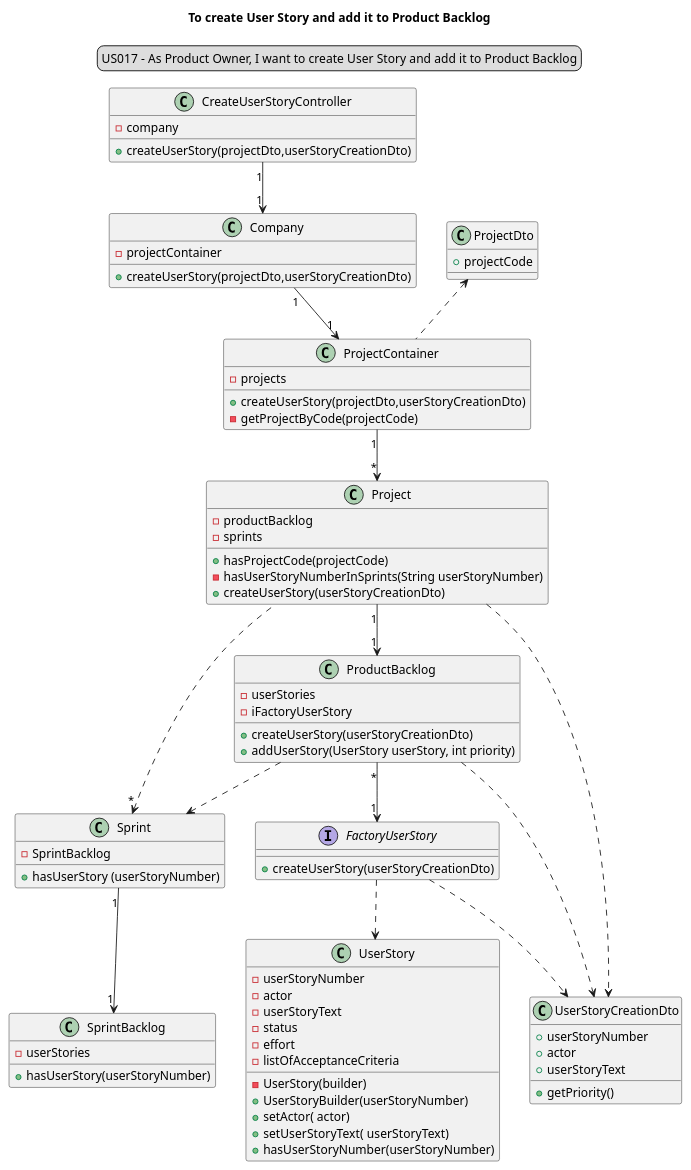
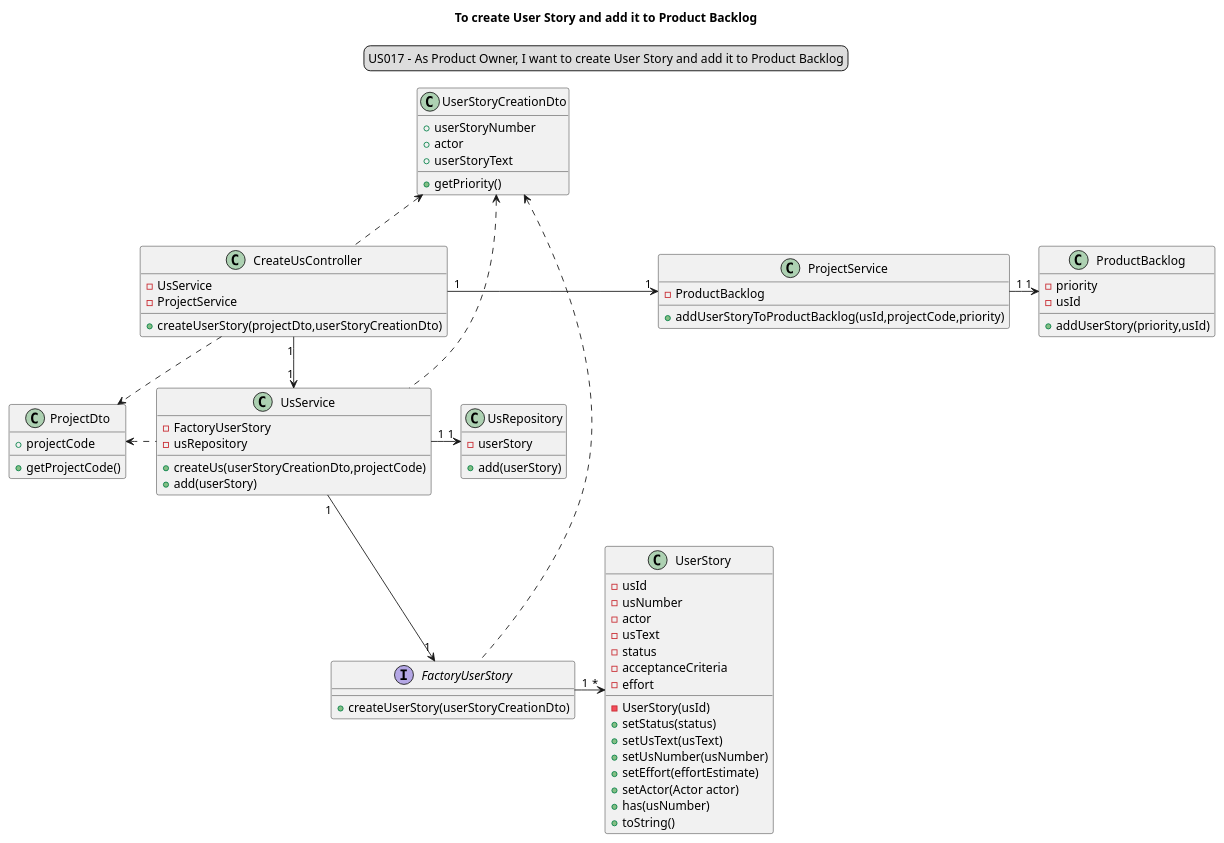
One commit to Loracline/project_switch_22-23 changed the diagram in docs/modelling_design/user_stories/sprint03/us017/US017_classDiagram.puml. Above: the diagram before and after it, drawn with PlantUML. The commit also changed 1 other file, not shown here.

```diff
--- a/docs/modelling_design/user_stories/sprint03/us017/US017_classDiagram.puml
+++ b/docs/modelling_design/user_stories/sprint03/us017/US017_classDiagram.puml
@@ -1,94 +1,83 @@
 @startuml
 'https://plantuml.com/sequence-diagram
 legend top
 US017 - As Product Owner, I want to create User Story and add it to Product Backlog
 end legend
 skinparam sequenceMessageAlign center
 title To create User Story and add it to Product Backlog
 
-class "CreateUserStoryController" {
-- company
+class "CreateUsController" {
+- UsService
+- ProjectService
 + createUserStory(projectDto,userStoryCreationDto)
 }
 
-class "Company" {
-- projectContainer
-+ createUserStory(projectDto,userStoryCreationDto)
+class "UsService" {
+- FactoryUserStory
+- usRepository
++ createUs(userStoryCreationDto,projectCode)
++  add(userStory)
 }
 
-
-class "ProjectContainer" {
-- projects
-+ createUserStory(projectDto,userStoryCreationDto)
--getProjectByCode(projectCode)
+class "UsRepository" {
+-userStory
++add(userStory)
 }
 
-class "Project"{
-- productBacklog
-- sprints
-+ hasProjectCode(projectCode)
-- hasUserStoryNumberInSprints(String userStoryNumber)
-+ createUserStory(userStoryCreationDto)
-
-
-}
-class "Sprint"{
--SprintBacklog
-+hasUserStory (userStoryNumber)
-}
-
-class "SprintBacklog"{
--userStories
-+hasUserStory(userStoryNumber)
+class "ProjectService"{
+-ProductBacklog
++ addUserStoryToProductBacklog(usId,projectCode,priority)
 }
 
 class "ProductBacklog" {
-- userStories
--iFactoryUserStory
-+ createUserStory(userStoryCreationDto)
-+ addUserStory(UserStory userStory, int priority)
-}
-class "UserStory"{
-- userStoryNumber
-- actor
-- userStoryText
-- status
-- effort
-- listOfAcceptanceCriteria
--UserStory(builder)
-+UserStoryBuilder(userStoryNumber)
-+setActor( actor)
-+setUserStoryText( userStoryText)
-+hasUserStoryNumber(userStoryNumber)
+-priority
+-usId
++addUserStory(priority,usId)
 }
 
+class "UserStory"{
+- usId
+- usNumber
+- actor
+- usText
+- status
+- acceptanceCriteria
+- effort
+-UserStory(usId)
++setStatus(status)
++setUsText(usText)
++setUsNumber(usNumber)
++setEffort(effortEstimate)
++setActor(Actor actor)
++has(usNumber)
++toString()
+}
 
 interface "FactoryUserStory" {
 + createUserStory(userStoryCreationDto)
 }
+
 class "UserStoryCreationDto"{
 +userStoryNumber
 +actor
 +userStoryText
 +getPriority()
 }
+
 class "ProjectDto"{
 +projectCode
-
++getProjectCode()
 }
 
-"CreateUserStoryController""1"-->"1" "Company"
-"Company" "1"--> "1" "ProjectContainer"
-"ProjectContainer" "1"-->"*" "Project"
-"Project" "1" -->"1" "ProductBacklog"
-"Sprint" "*"<.. "Project"
-"ProductBacklog" "*" --> "1""FactoryUserStory"
-"FactoryUserStory" ..> "UserStory"
-"ProjectDto"<.. "ProjectContainer"
-"ProductBacklog" ..> "Sprint"
-"Sprint" "1"-->"1" "SprintBacklog"
-"Project" ..> "UserStoryCreationDto"
-"ProductBacklog" ..> "UserStoryCreationDto"
-"FactoryUserStory" ..> "UserStoryCreationDto"
-
+"CreateUsController""1"-->"1" "UsService"
+"UsService" "1"-->"1" "FactoryUserStory"
+"UserStoryCreationDto" <.. "CreateUsController"
+"UserStoryCreationDto" <. "UsService"
+"UserStoryCreationDto" <. "FactoryUserStory"
+"FactoryUserStory" "1"->"*" "UserStory"
+"ProjectDto" <. "UsService"
+"UsService" "1"->"1" "UsRepository"
+"CreateUsController" "1"->"1" "ProjectService"
+"CreateUsController" .>"ProjectDto"
+"ProjectService" "1"->"1" "ProductBacklog"
 @enduml
```
